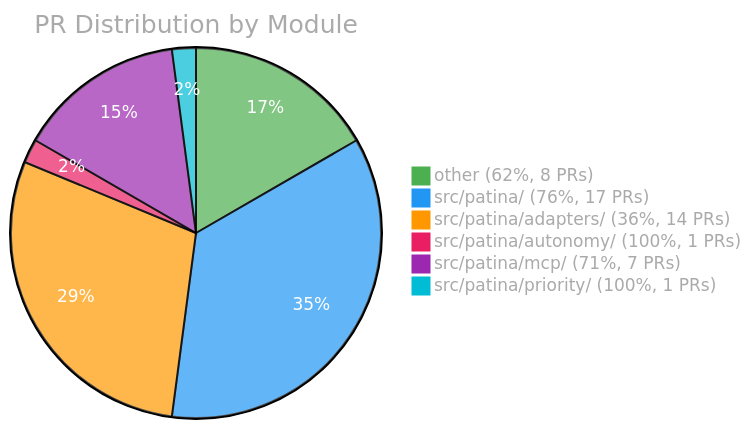
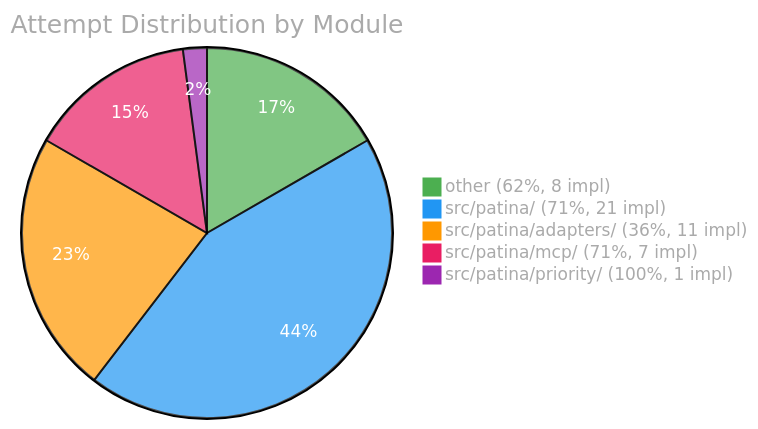
The third of 3 diagrams in EVAL.md (Sanctum-Origo-Systems/patina), drawn with Mermaid before and after one commit. The commit also changed other lines of this file and 1 other file, not shown here.

````diff
--- a/EVAL.md
+++ b/EVAL.md
@@ -51,10 +53,9 @@
 ```mermaid
 %%{init: {'theme': 'base', 'themeVariables': {'pie1': '#4CAF50', 'pie2': '#2196F3', 'pie3': '#FF9800', 'pie4': '#E91E63', 'pie5': '#9C27B0', 'pie6': '#00BCD4', 'pieTitleTextColor': '#aaa', 'pieLegendTextColor': '#aaa', 'pieSectionTextColor': '#fff'}}}%%
-pie title PR Distribution by Module
-    "other (62%, 8 PRs)" : 8
-    "src/patina/ (76%, 17 PRs)" : 17
-    "src/patina/adapters/ (36%, 14 PRs)" : 14
-    "src/patina/autonomy/ (100%, 1 PRs)" : 1
-    "src/patina/mcp/ (71%, 7 PRs)" : 7
-    "src/patina/priority/ (100%, 1 PRs)" : 1
+pie title Attempt Distribution by Module
+    "other (62%, 8 impl)" : 8
+    "src/patina/ (71%, 21 impl)" : 21
+    "src/patina/adapters/ (36%, 11 impl)" : 11
+    "src/patina/mcp/ (71%, 7 impl)" : 7
+    "src/patina/priority/ (100%, 1 impl)" : 1
 ```
````
